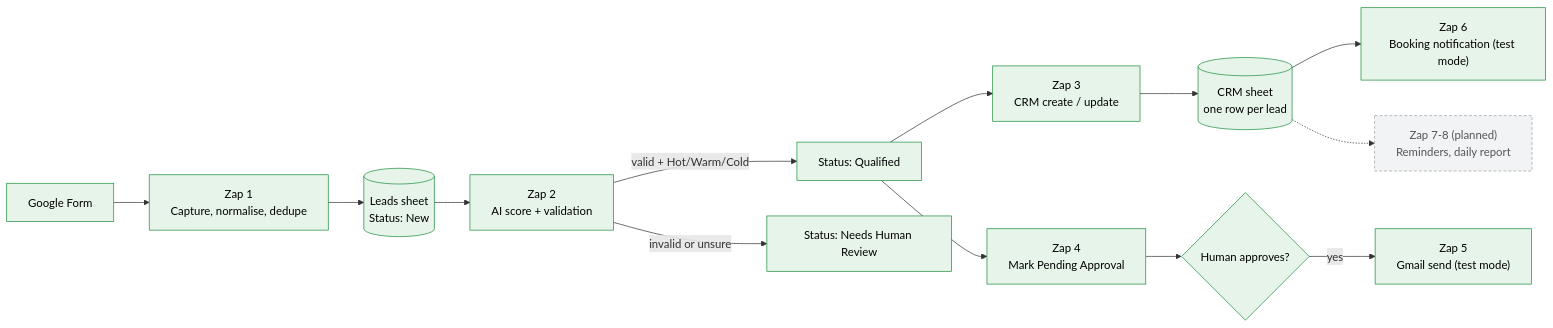
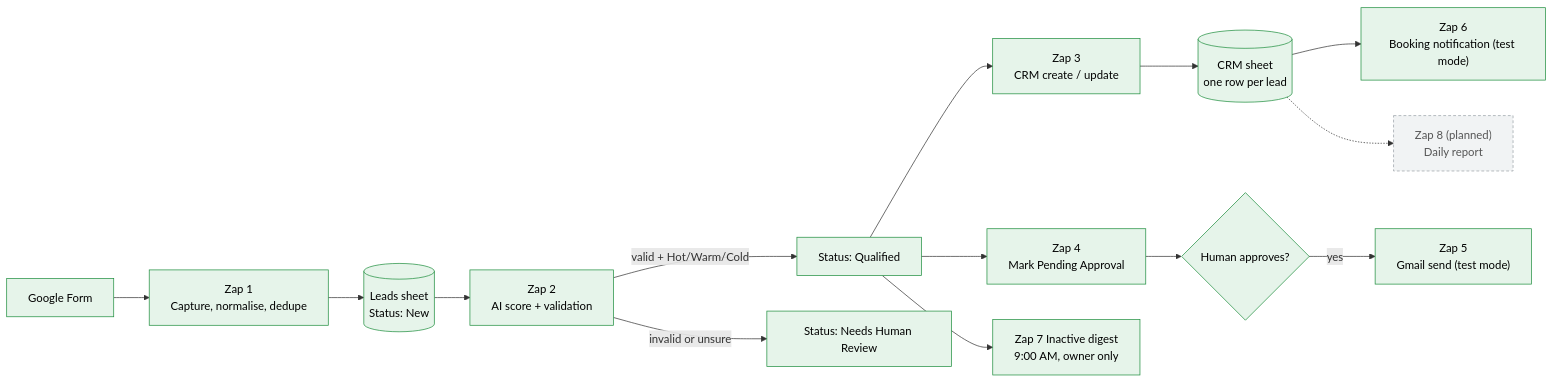
The diagram in README.md (ara-5/AI-Sales-Lead-Conversion-Automation), drawn with Mermaid before and after one commit. The commit also changed other lines of this file and 3 other files, not shown here.

First line of the commit message:
Zap 7 published (test mode): update docs, README badge and diagram, add TC-20

````diff
--- a/README.md
+++ b/README.md
@@ -17,19 +17,20 @@
 ```mermaid
 flowchart LR
   F[Google Form] --> Z1["Zap 1<br/>Capture, normalise, dedupe"]
   Z1 --> L[("Leads sheet<br/>Status: New")]
   L --> Z2["Zap 2<br/>AI score + validation"]
   Z2 -->|valid + Hot/Warm/Cold| Q["Status: Qualified"]
   Z2 -->|invalid or unsure| H["Status: Needs Human Review"]
   Q --> Z3["Zap 3<br/>CRM create / update"]
   Z3 --> C[("CRM sheet<br/>one row per lead")]
   Q --> Z4["Zap 4<br/>Mark Pending Approval"]
   Z4 --> A{Human approves?}
   A -->|yes| G["Zap 5<br/>Gmail send (test mode)"]
   C --> Z6["Zap 6<br/>Booking notification (test mode)"]
-  C -.-> Z78["Zap 7-8 (planned)<br/>Reminders, daily report"]
+  Q --> Z7["Zap 7 Inactive digest<br/>9:00 AM, owner only"]
+  C -.-> Z8["Zap 8 (planned)<br/>Daily report"]
   classDef live fill:#e6f4ea,stroke:#1e8e3e,color:#000;
   classDef planned fill:#f1f3f4,stroke:#9aa0a6,color:#555,stroke-dasharray: 4 3;
-  class F,Z1,L,Z2,Q,H,Z3,C,Z4,A,G,Z6 live;
-  class Z78 planned;
+  class F,Z1,L,Z2,Q,H,Z3,C,Z4,A,G,Z6,Z7 live;
+  class Z8 planned;
 ```
````
